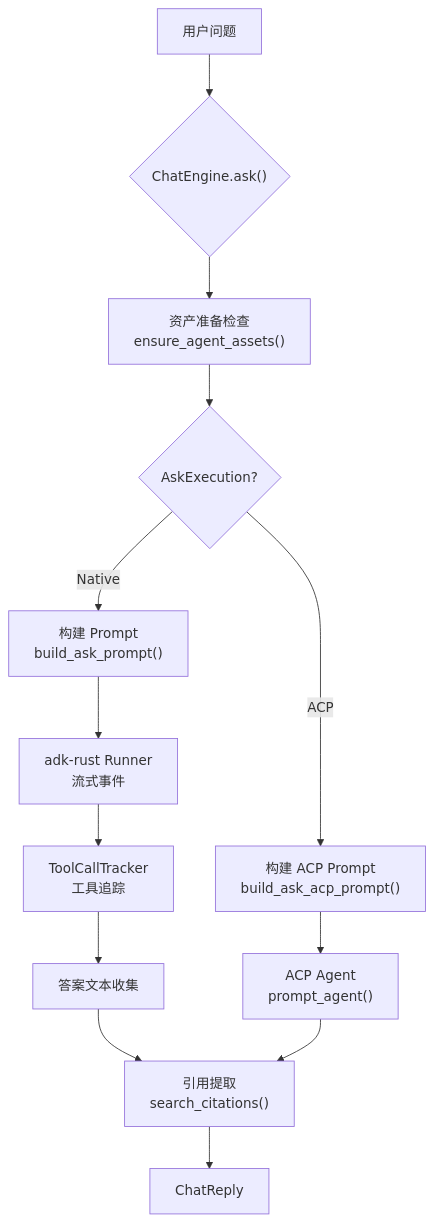
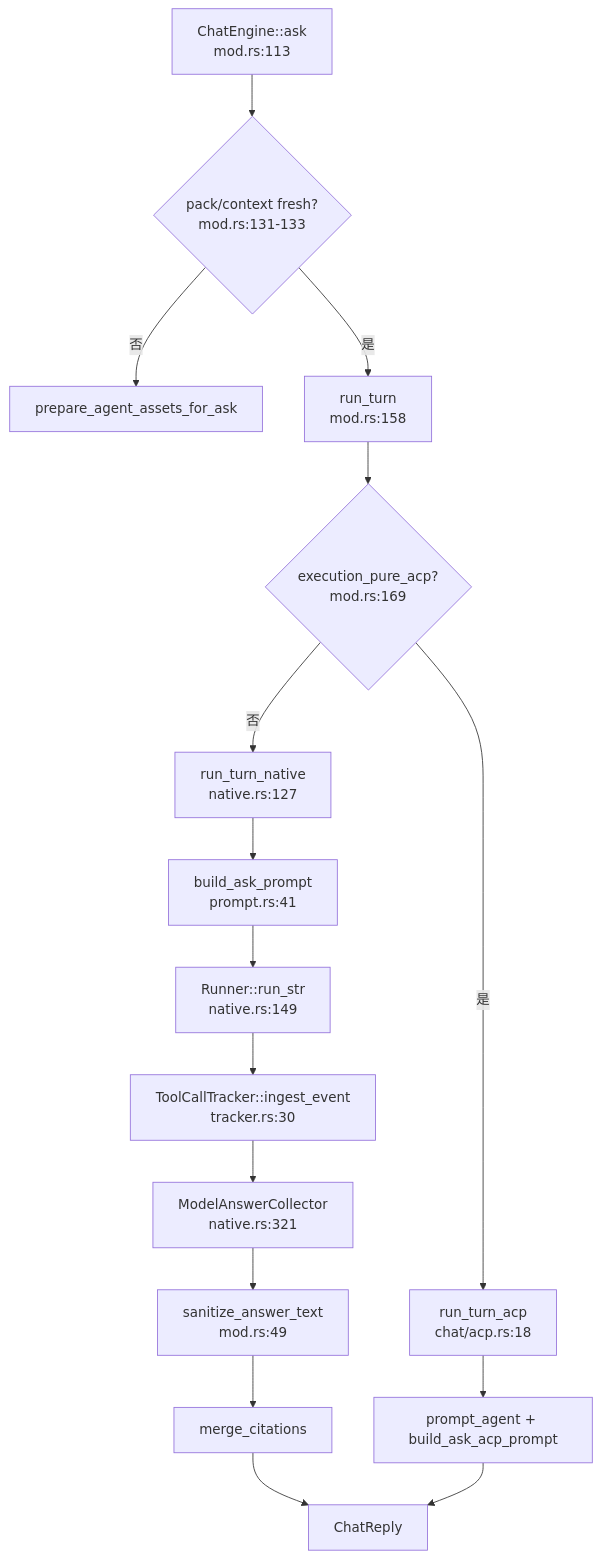
Before and after one commit to sopaco/terrain: the diagram in .terrain/human/4.Deep-Exploration/Chat引擎.md, drawn with Mermaid. The commit also changed other lines of this file and 27 other files, not shown here.

````diff
--- a/.terrain/human/4.Deep-Exploration/Chat引擎.md
+++ b/.terrain/human/4.Deep-Exploration/Chat引擎.md
@@ -47,15 +47,18 @@
 ```mermaid
 flowchart TD
-    A["用户问题"] --> B{"ChatEngine.ask()"}
-    B --> C["资产准备检查<br/>ensure_agent_assets()"]
-    C --> D{"AskExecution?"}
-    D -->|Native| E["构建 Prompt<br/>build_ask_prompt()"]
-    D -->|ACP| F["构建 ACP Prompt<br/>build_ask_acp_prompt()"]
-    E --> G["adk-rust Runner<br/>流式事件"]
-    G --> H["ToolCallTracker<br/>工具追踪"]
-    H --> I["答案文本收集"]
-    I --> J["引用提取<br/>search_citations()"]
-    J --> K["ChatReply"]
-    F --> L["ACP Agent<br/>prompt_agent()"]
-    L --> J
+    A["ChatEngine::ask<br/>mod.rs:113"] --> B{"pack/context fresh?<br/>mod.rs:131-133"}
+    B -->|否| C["prepare_agent_assets_for_ask"]
+    B -->|是| D["run_turn<br/>mod.rs:158"]
+    D --> E{"execution_pure_acp?<br/>mod.rs:169"}
+    E -->|是| F["run_turn_acp<br/>chat/acp.rs:18"]
+    E -->|否| G["run_turn_native<br/>native.rs:127"]
+    G --> H["build_ask_prompt<br/>prompt.rs:41"]
+    H --> I["Runner::run_str<br/>native.rs:149"]
+    I --> J["ToolCallTracker::ingest_event<br/>tracker.rs:30"]
+    J --> K["ModelAnswerCollector<br/>native.rs:321"]
+    K --> L["sanitize_answer_text<br/>mod.rs:49"]
+    L --> M["merge_citations"]
+    M --> N["ChatReply"]
+    F --> O["prompt_agent + build_ask_acp_prompt"]
+    O --> N
 ```
````
